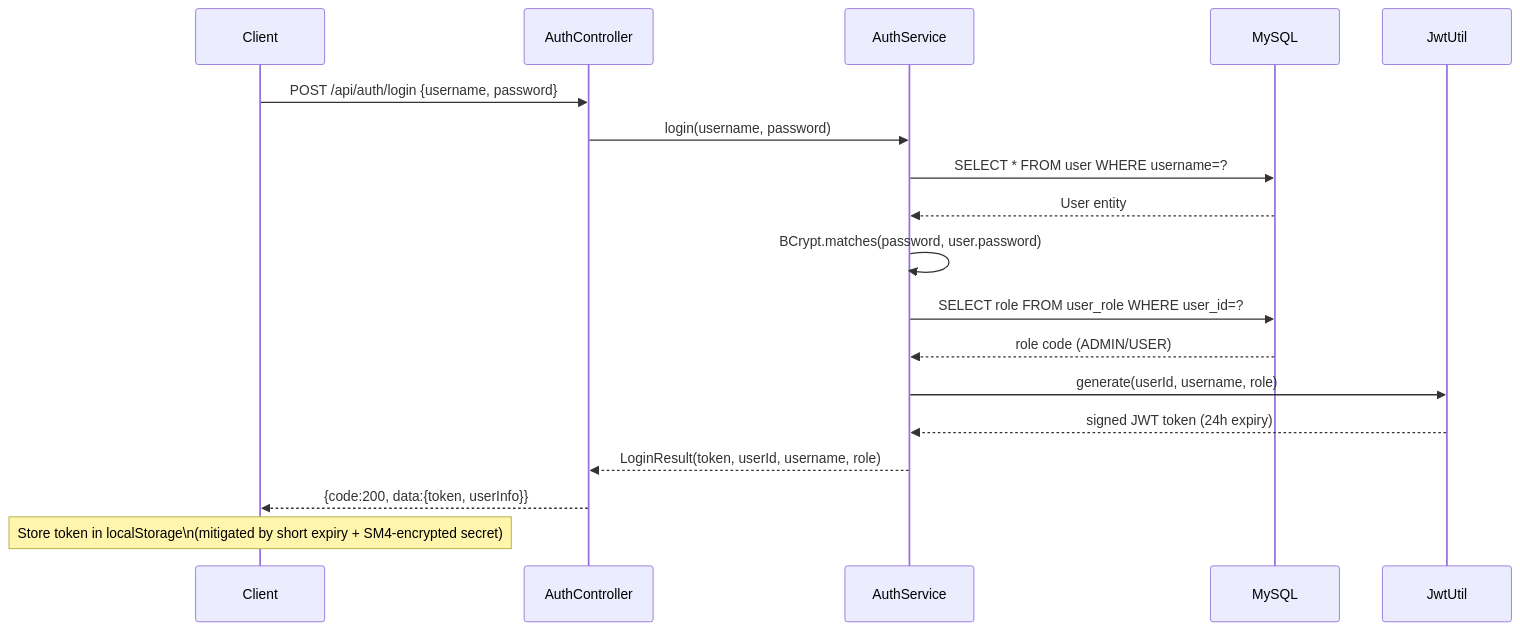
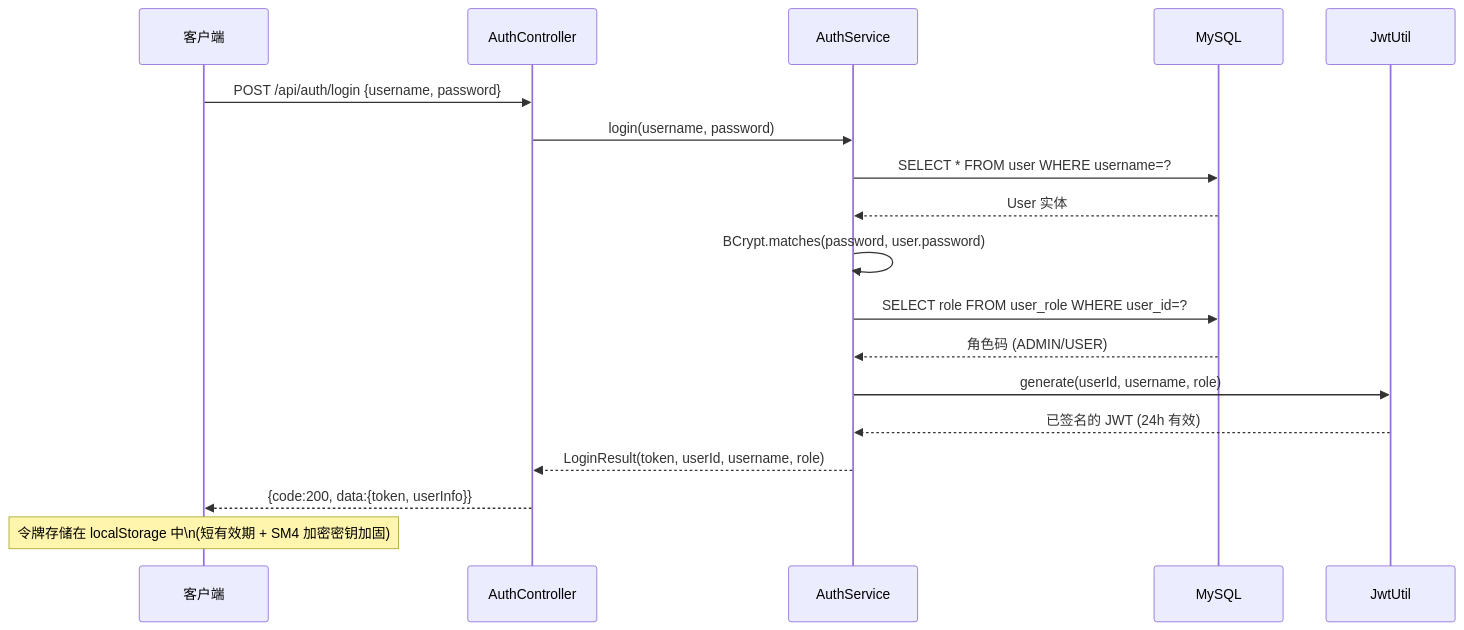
Diagram 11 of 12 in docs/design/architecture-and-design.md (JiongJiongP/knowledge-share), drawn with Mermaid before and after one commit. The commit also changed other lines of this file, not shown here.

Commit message:
docs: translate architecture design document to Chinese

````diff
--- a/docs/design/architecture-and-design.md
+++ b/docs/design/architecture-and-design.md
@@ -512,22 +512,22 @@
 ```mermaid
 sequenceDiagram
-    participant Client
+    participant Client as 客户端
     participant LoginCtrl as AuthController
     participant Svc as AuthService
     participant DB as MySQL
     participant JWT as JwtUtil
 
     Client->>LoginCtrl: POST /api/auth/login {username, password}
     LoginCtrl->>Svc: login(username, password)
     Svc->>DB: SELECT * FROM user WHERE username=?
-    DB-->>Svc: User entity
+    DB-->>Svc: User 实体
     Svc->>Svc: BCrypt.matches(password, user.password)
     Svc->>DB: SELECT role FROM user_role WHERE user_id=?
-    DB-->>Svc: role code (ADMIN/USER)
+    DB-->>Svc: 角色码 (ADMIN/USER)
     Svc->>JWT: generate(userId, username, role)
-    JWT-->>Svc: signed JWT token (24h expiry)
+    JWT-->>Svc: 已签名的 JWT (24h 有效)
     Svc-->>LoginCtrl: LoginResult(token, userId, username, role)
     LoginCtrl-->>Client: {code:200, data:{token, userInfo}}
 
-    Note over Client: Store token in localStorage\n(mitigated by short expiry + SM4-encrypted secret)
+    Note over Client: 令牌存储在 localStorage 中\n(短有效期 + SM4 加密密钥加固)
 ```
````
